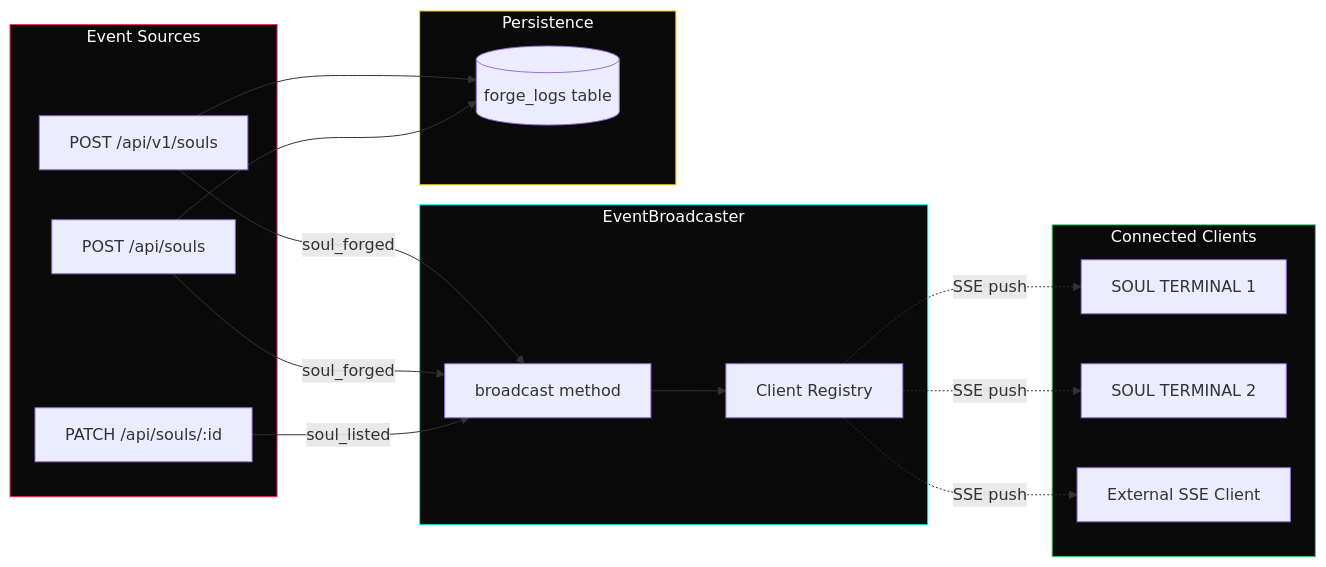
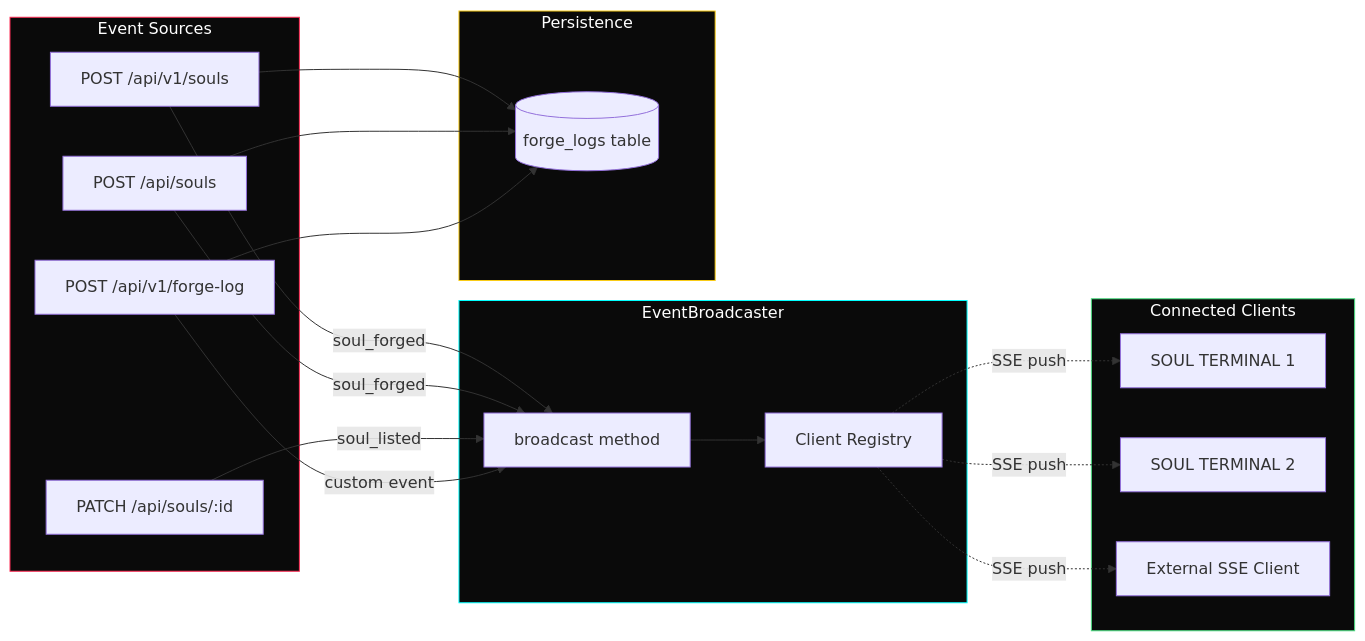
Before and after one commit to dewifart/AdClaw: the third of 3 diagrams in README.md, drawn with Mermaid. The commit also changed other lines of this file and 4 other files, not shown here.

First line of the commit message:
Add new API endpoints for creating and retrieving forge log entries

````diff
--- a/README.md
+++ b/README.md
@@ -484,40 +656,43 @@
 ```mermaid
 graph LR
     subgraph Trigger ["Event Sources"]
         A1[POST /api/v1/souls]
         A2[POST /api/souls]
         A3[PATCH /api/souls/:id]
+        A4[POST /api/v1/forge-log]
     end
 
     subgraph Broadcaster ["EventBroadcaster"]
         BC[broadcast method]
         CL[Client Registry]
     end
 
     subgraph Clients ["Connected Clients"]
         T1[SOUL TERMINAL 1]
         T2[SOUL TERMINAL 2]
         T3[External SSE Client]
     end
 
     subgraph Persistence ["Persistence"]
         DB[(forge_logs table)]
     end
 
     A1 -->|soul_forged| BC
     A2 -->|soul_forged| BC
     A3 -->|soul_listed| BC
+    A4 -->|custom event| BC
 
     BC --> CL
     CL -.->|SSE push| T1
     CL -.->|SSE push| T2
     CL -.->|SSE push| T3
 
     A1 --> DB
     A2 --> DB
+    A4 --> DB
 
     style Trigger fill:#0a0a0a,stroke:#FF2D55,color:#fff
     style Broadcaster fill:#0a0a0a,stroke:#00FFFF,color:#fff
     style Clients fill:#0a0a0a,stroke:#4ade80,color:#fff
     style Persistence fill:#0a0a0a,stroke:#facc15,color:#fff
 ```
````
